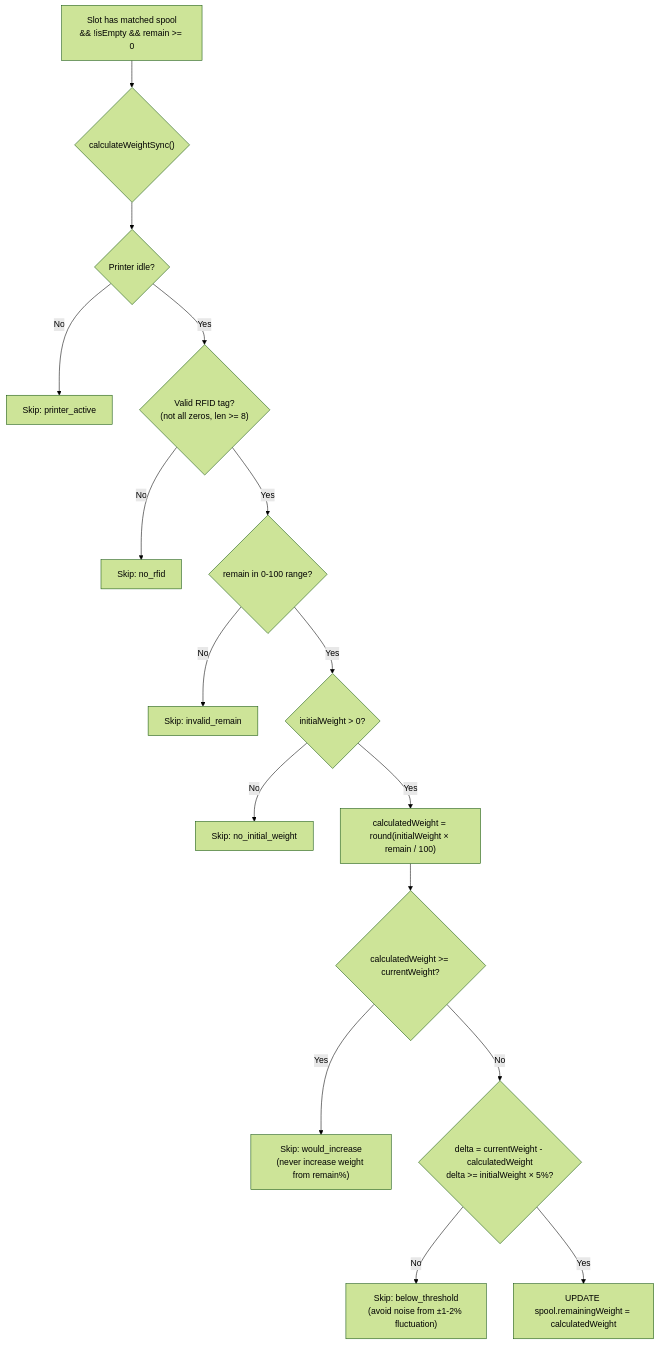
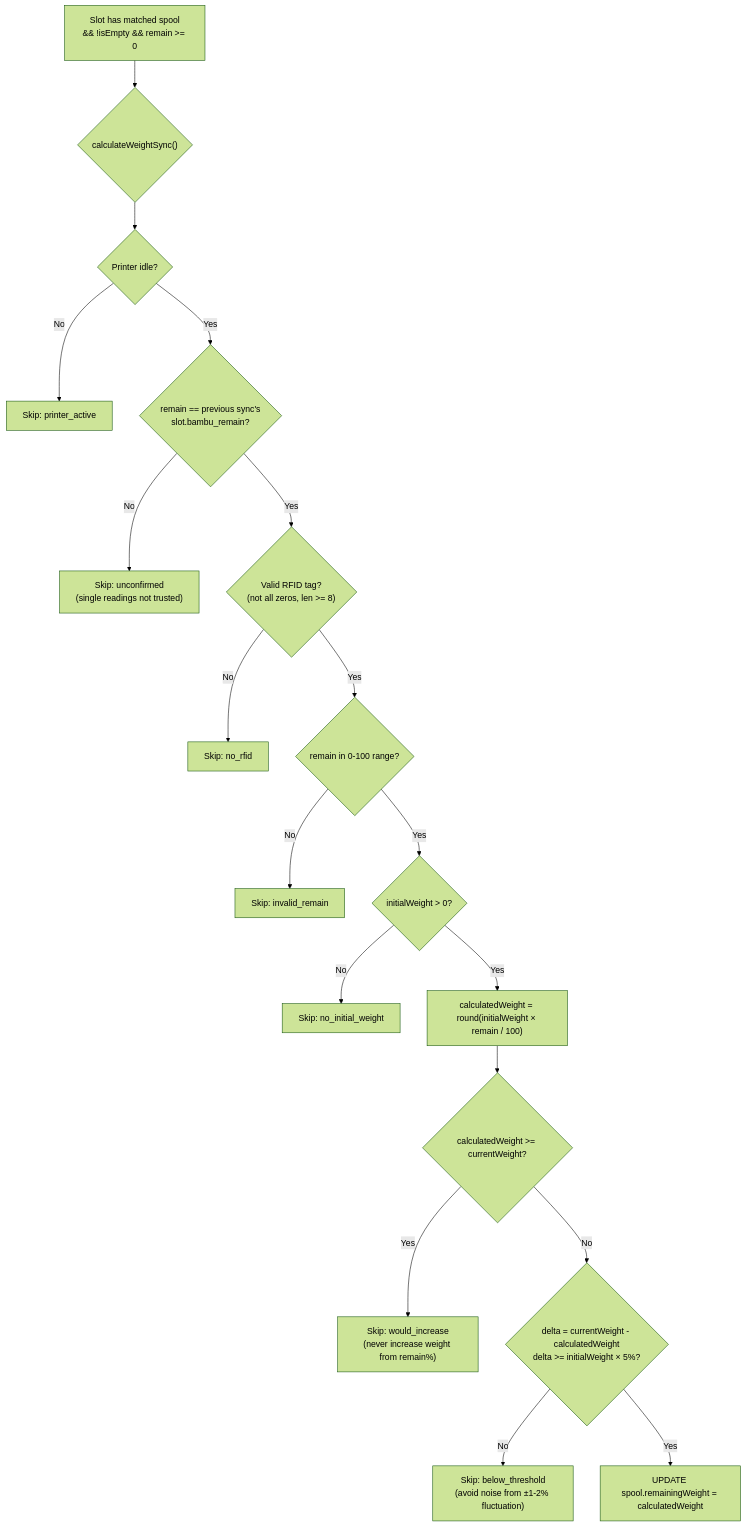
One commit to kbarthei/HASpoolManager changed the sixth of 6 diagrams in docs/architecture/state-machine.md. Above: the diagram before and after it, drawn with Mermaid (forest theme). The commit also changed other lines of this file and 13 other files, not shown here.

````diff
--- a/docs/architecture/state-machine.md
+++ b/docs/architecture/state-machine.md
@@ -531,26 +537,29 @@
 ```mermaid
 flowchart TD
     A["Slot has matched spool\n&& !isEmpty && remain >= 0"] --> B{"calculateWeightSync()"}
 
     B --> C{"Printer idle?"}
     C -->|No| X1["Skip: printer_active"]
 
-    C -->|Yes| D{"Valid RFID tag?\n(not all zeros, len >= 8)"}
+    C -->|Yes| C2{"remain == previous sync's\nslot.bambu_remain?"}
+    C2 -->|No| X0["Skip: unconfirmed\n(single readings not trusted)"]
+
+    C2 -->|Yes| D{"Valid RFID tag?\n(not all zeros, len >= 8)"}
     D -->|No| X2["Skip: no_rfid"]
 
     D -->|Yes| E{"remain in 0-100 range?"}
     E -->|No| X3["Skip: invalid_remain"]
 
     E -->|Yes| F{"initialWeight > 0?"}
     F -->|No| X4["Skip: no_initial_weight"]
 
     F -->|Yes| G["calculatedWeight = round(initialWeight × remain / 100)"]
 
     G --> H{"calculatedWeight >= currentWeight?"}
     H -->|Yes| X5["Skip: would_increase\n(never increase weight from remain%)"]
 
     H -->|No| I{"delta = currentWeight - calculatedWeight\ndelta >= initialWeight × 5%?"}
     I -->|No| X6["Skip: below_threshold\n(avoid noise from ±1-2% fluctuation)"]
 
     I -->|Yes| J["UPDATE spool.remainingWeight = calculatedWeight"]
 ```
````
